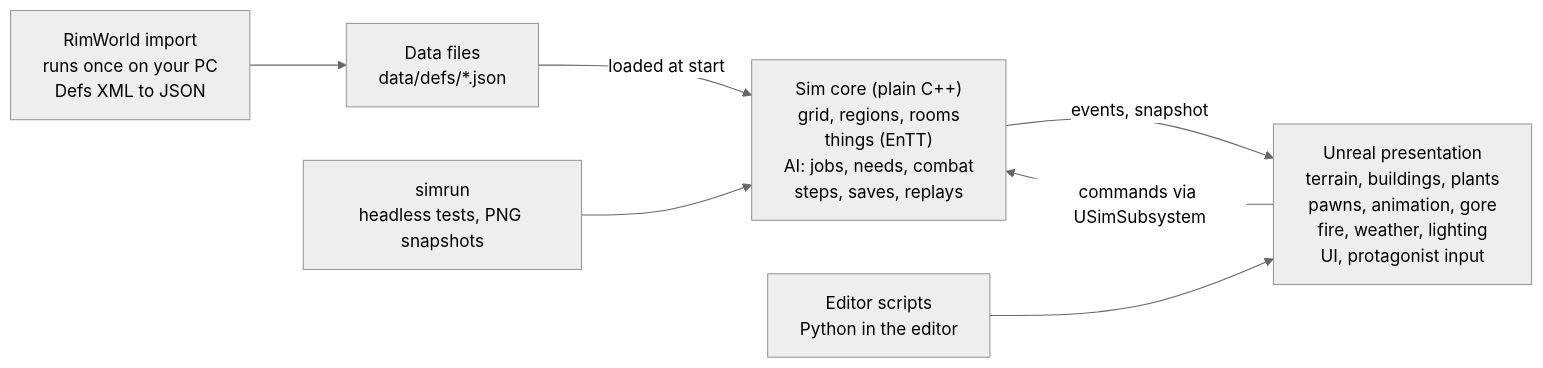
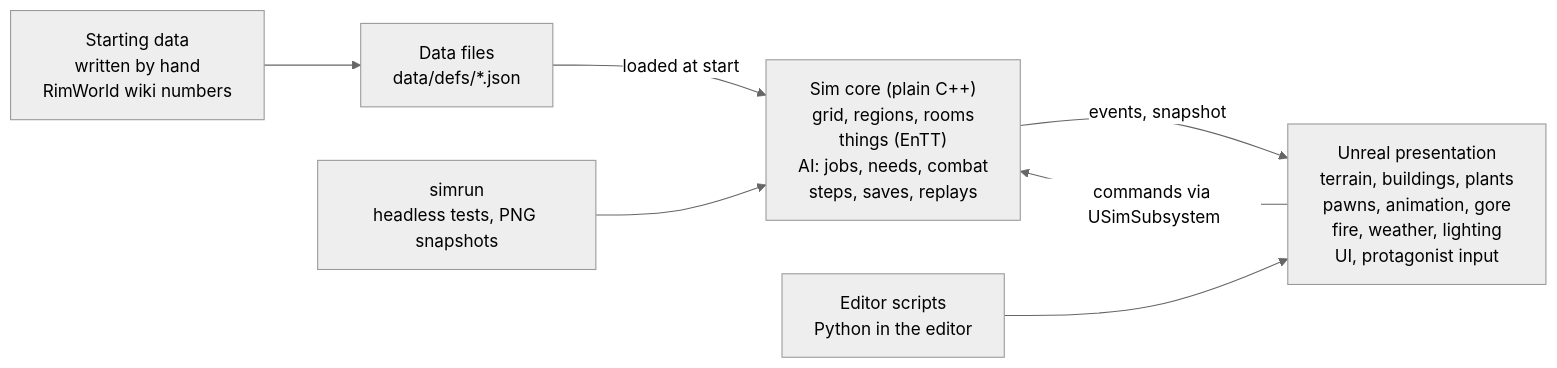
The diagram in docs/architecture.md (Sneed-code/Rim3D), drawn with Mermaid (neutral theme) before and after one commit. The commit also changed other lines of this file and 32 other files, not shown here.

First line of the commit message:
D3: hand-written starting data instead of the RimWorld import

````diff
--- a/docs/architecture.md
+++ b/docs/architecture.md
@@ -21,9 +21,9 @@
 ```mermaid
 flowchart LR
-  RI["RimWorld import<br/>runs once on your PC<br/>Defs XML to JSON"] --> DF["Data files<br/>data/defs/*.json"]
+  RI["Starting data<br/>written by hand<br/>RimWorld wiki numbers"] --> DF["Data files<br/>data/defs/*.json"]
   DF -->|loaded at start| SC["Sim core (plain C++)<br/>grid, regions, rooms<br/>things (EnTT)<br/>AI: jobs, needs, combat<br/>steps, saves, replays"]
   SR["simrun<br/>headless tests, PNG snapshots"] --> SC
   SC -->|events, snapshot| UP["Unreal presentation<br/>terrain, buildings, plants<br/>pawns, animation, gore<br/>fire, weather, lighting<br/>UI, protagonist input"]
   UP -->|commands via USimSubsystem| SC
   ES["Editor scripts<br/>Python in the editor"] --> UP
 ```
````
